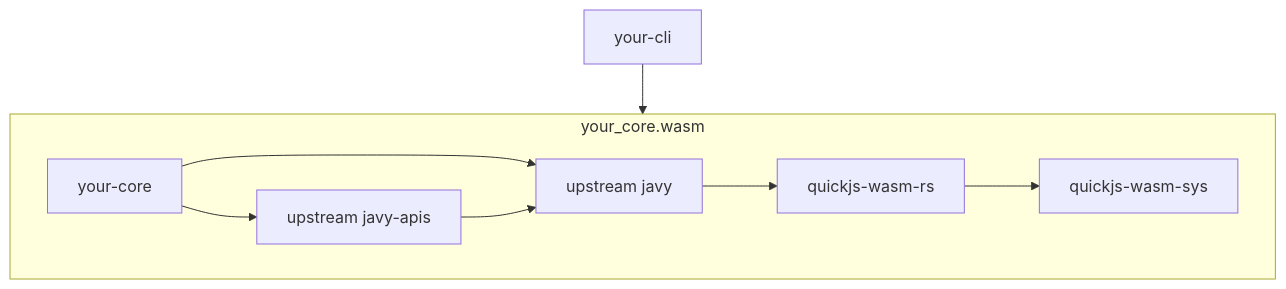
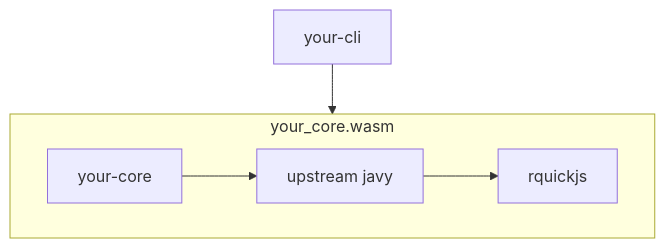
The diagram in docs/extending.md (bytecodealliance/javy), drawn with Mermaid before and after one commit. The commit also changed other lines of this file and 7 other files, not shown here.

````diff
--- a/docs/extending.md
+++ b/docs/extending.md
@@ -9,11 +9,8 @@
 ```mermaid
 flowchart TD
   your-cli --> wasm
   subgraph wasm[your_core.wasm]
   your-core --> javy[upstream javy]
-  your-core --> javy-apis[upstream javy-apis]
-  javy-apis --> javy
-  javy --> quickjs-wasm-rs
-  quickjs-wasm-rs --> quickjs-wasm-sys
+  javy --> rquickjs
   end
 ```
````
